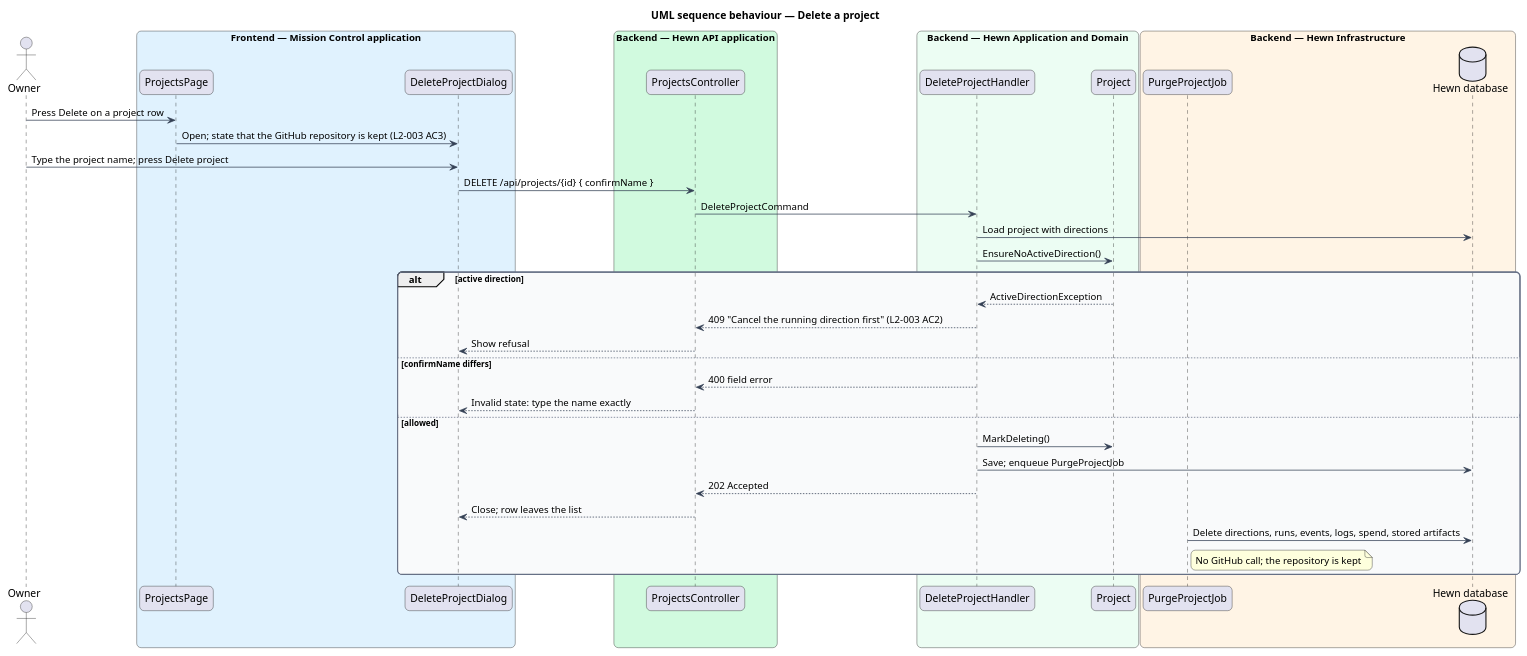
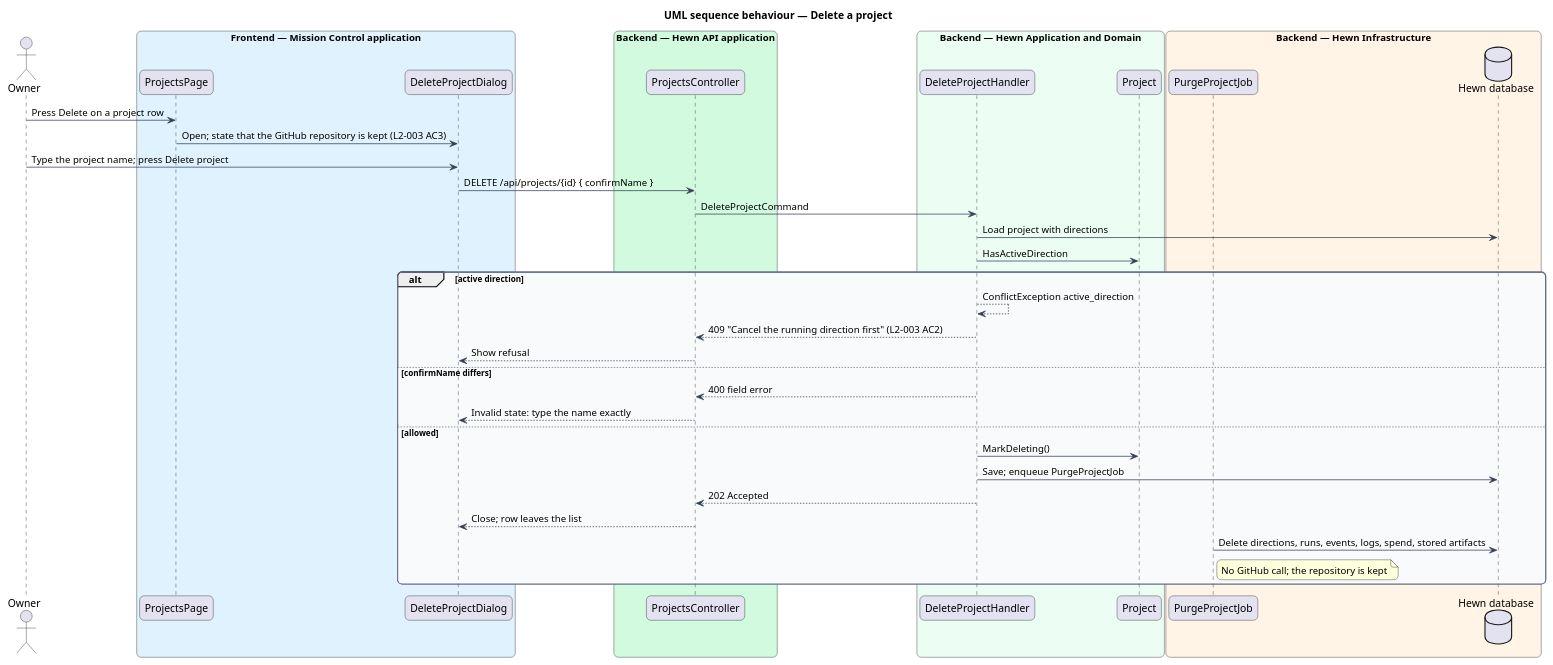
One commit to QuinntyneBrown/hewn changed the diagram in docs/detailed-designs/projects/archive-and-delete-project/diagrams/sequence-delete.puml. Above: the diagram before and after it, drawn with PlantUML. The commit also changed 57 other files, not shown here.

```diff
--- a/docs/detailed-designs/projects/archive-and-delete-project/diagrams/sequence-delete.puml
+++ b/docs/detailed-designs/projects/archive-and-delete-project/diagrams/sequence-delete.puml
@@ -1,56 +1,56 @@
 @startuml
 title UML sequence behaviour — Delete a project
 skinparam backgroundColor #FFFFFF
 skinparam shadowing false
 skinparam roundcorner 12
 skinparam defaultFontName Arial
 skinparam ArrowColor #344054
 skinparam rectangle {
   BorderColor #344054
   FontColor #101828
 }
 skinparam package {
   BorderColor #667085
   FontColor #101828
   BackgroundColor #F9FAFB
 }
 skinparam sequenceMessageAlign left
 actor "Owner" as owner
 box "Frontend — Mission Control application" #E0F2FE
   participant "ProjectsPage" as page
   participant "DeleteProjectDialog" as dlg
 end box
 box "Backend — Hewn API application" #D1FADF
   participant "ProjectsController" as ctrl
 end box
 box "Backend — Hewn Application and Domain" #ECFDF3
   participant "DeleteProjectHandler" as del
   participant "Project" as proj
 end box
 box "Backend — Hewn Infrastructure" #FFF4E5
   participant "PurgeProjectJob" as purge
   database "Hewn database" as db
 end box
 owner -> page : Press Delete on a project row
 page -> dlg : Open; state that the GitHub repository is kept (L2-003 AC3)
 owner -> dlg : Type the project name; press Delete project
 dlg -> ctrl : DELETE /api/projects/{id} { confirmName }
 ctrl -> del : DeleteProjectCommand
 del -> db : Load project with directions
-del -> proj : EnsureNoActiveDirection()
+del -> proj : HasActiveDirection
 alt active direction
-  proj --> del : ActiveDirectionException
+  del --> del : ConflictException active_direction
   del --> ctrl : 409 "Cancel the running direction first" (L2-003 AC2)
   ctrl --> dlg : Show refusal
 else confirmName differs
   del --> ctrl : 400 field error
   ctrl --> dlg : Invalid state: type the name exactly
 else allowed
   del -> proj : MarkDeleting()
   del -> db : Save; enqueue PurgeProjectJob
   del --> ctrl : 202 Accepted
   ctrl --> dlg : Close; row leaves the list
   purge -> db : Delete directions, runs, events, logs, spend, stored artifacts
   note right of purge : No GitHub call; the repository is kept
 end
 @enduml
```
